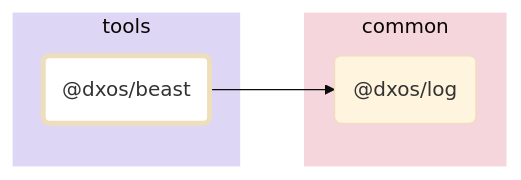
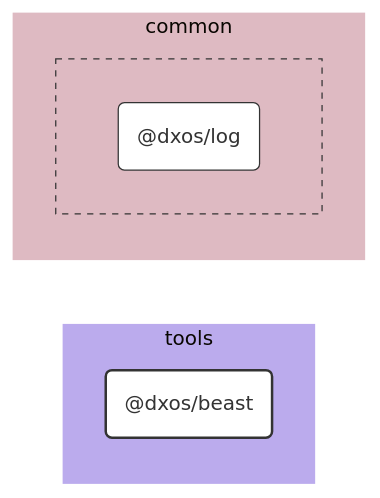
The diagram in tools/beast/docs/README.md (dxos/dxos), drawn with Mermaid (base theme) before and after one commit. The commit also changed 100 other files, not shown here.

````diff
--- a/tools/beast/docs/README.md
+++ b/tools/beast/docs/README.md
@@ -7,19 +7,38 @@
 ```mermaid
-flowchart LR;
+%%{ init: {'flowchart':{'curve':'basis'}} }%%
 
-style dxos/beast fill:#fff,stroke-width:4px;
+flowchart LR
 
-click dxos/log "https:/github.com/dxos/dxos/tree/main/packages/common/log/docs";
+%% Links
 
+%% Sections
 subgraph tools
-  style tools fill:#ded6f5,stroke:#fff;
-  dxos/beast("@dxos/beast");
+  style tools fill:#bbabed,stroke:#fff;
+
+  dxos/beast("@dxos/beast")
 end
 
 subgraph common
-  style common fill:#f5d6dd,stroke:#fff;
-  dxos/log("@dxos/log");
+  style common fill:#debac2,stroke:#fff;
+
+
+  subgraph common-excluded [ ]
+    style common-excluded fill:#debac2,stroke:#333,stroke-dasharray:5 5;
+
+    dxos/log("@dxos/log")
+  end
 end
 
-dxos/beast --> dxos/log;
+
+%% Hyperlinks
+click dxos/log href "https:/github.com/dxos/dxos/tree/main/packages/common/log/docs";
+
+%% Styles
+classDef rootNode fill:#fff,stroke:#333,stroke-width:2px
+classDef defaultNode fill:#fff,stroke:#333,stroke-width:1px
+linkStyle default stroke:#333,stroke-width:1px
+
+dxos/beast:::rootNode
+
+dxos/log:::defaultNode
 ```
````
